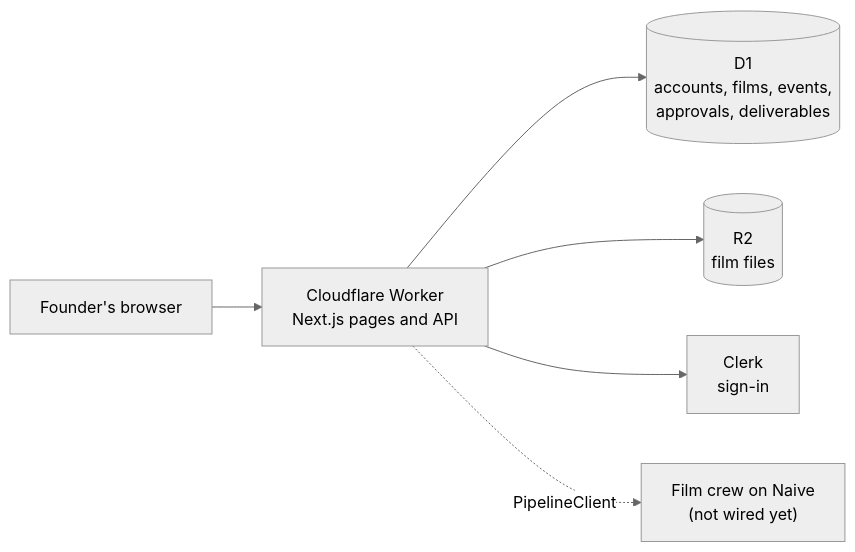
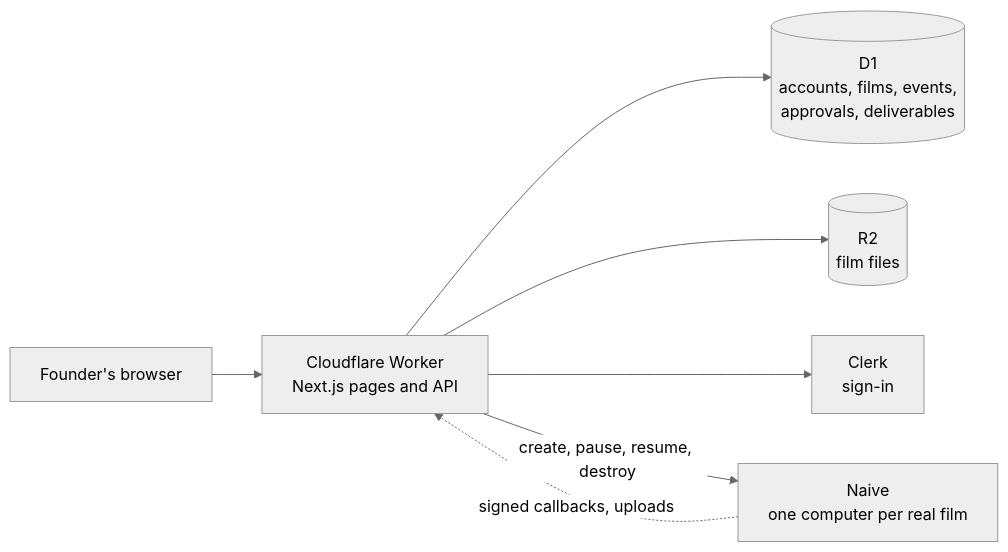
Before and after one commit to latchkey-ops-bot/boiler-room: the first of 2 diagrams in docs/deploy.md, drawn with Mermaid (neutral theme). The commit also changed other lines of this file and 4 other files, not shown here.

````diff
--- a/docs/deploy.md
+++ b/docs/deploy.md
@@ -10,8 +10,9 @@
 ```mermaid
 flowchart LR
   browser["Founder's browser"] --> worker["Cloudflare Worker<br/>Next.js pages and API"]
   worker --> d1[("D1<br/>accounts, films, events,<br/>approvals, deliverables")]
   worker --> r2[("R2<br/>film files")]
   worker --> clerk["Clerk<br/>sign-in"]
-  worker -.->|PipelineClient| crew["Film crew on Naive<br/>(not wired yet)"]
+  worker -->|"create, pause, resume, destroy"| naive["Naive<br/>one computer per real film"]
+  naive -.->|"signed callbacks, uploads"| worker
 ```
````
